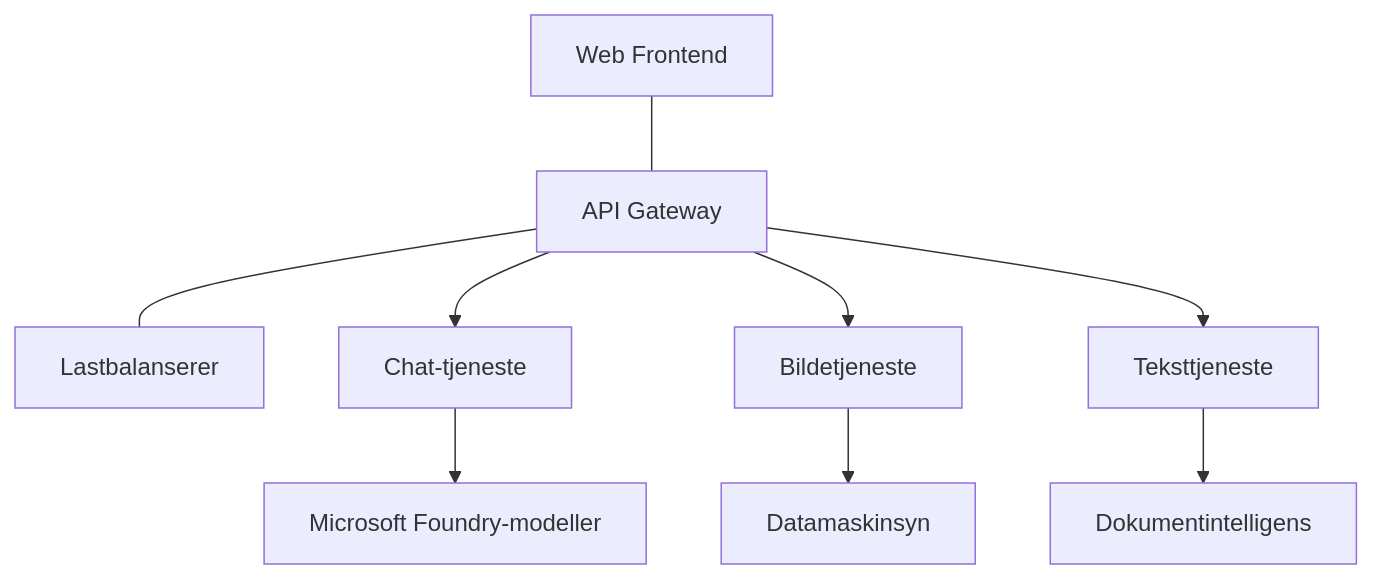
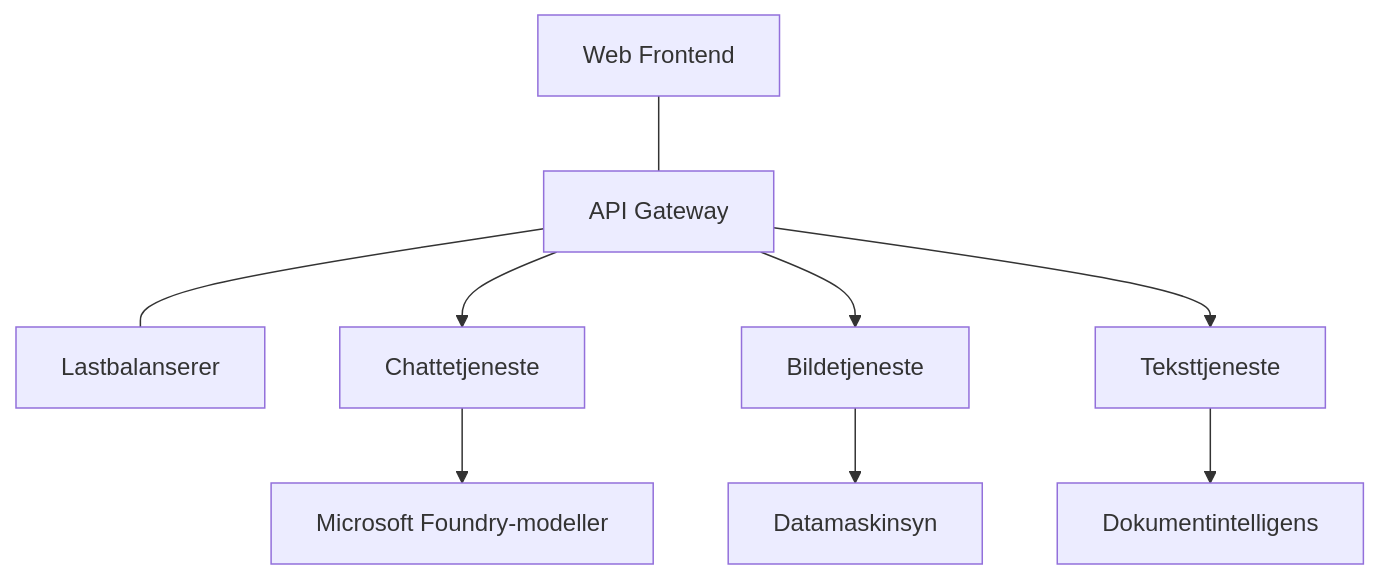
One commit to microsoft/AZD-for-beginners changed the diagram in translations/no/docs/chapter-08-production/production-ai-practices.md. Above: the diagram before and after it, drawn with Mermaid. The commit also changed other lines of this file and 101 other files, not shown here.

````diff
--- a/translations/no/docs/chapter-08-production/production-ai-practices.md
+++ b/translations/no/docs/chapter-08-production/production-ai-practices.md
@@ -30,10 +30,10 @@
 ```mermaid
 graph TD
     Frontend[Web Frontend] --- Gateway[API Gateway] --- LB[Lastbalanserer]
-    Gateway --> Chat[Chat-tjeneste]
+    Gateway --> Chat[Chattetjeneste]
     Gateway --> Image[Bildetjeneste]
     Gateway --> Text[Teksttjeneste]
     Chat --> OpenAI[Microsoft Foundry-modeller]
     Image --> Vision[Datamaskinsyn]
     Text --> DocIntel[Dokumentintelligens]
 ```
````
